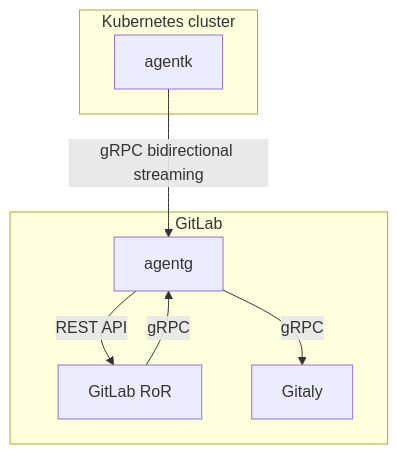
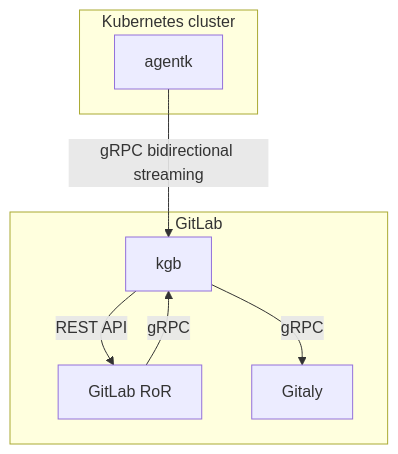
Before and after one commit to abaer123/gitlab-agent: the diagram in doc/architecture.md, drawn with Mermaid. The commit also changed other lines of this file and 14 other files, not shown here.

First line of the commit message:
Rename agentg into kgb

````diff
--- a/doc/architecture.md
+++ b/doc/architecture.md
@@ -5,15 +5,15 @@
 ```mermaid
 graph TB
-  agentk -- gRPC bidirectional streaming --> agentg
+  agentk -- gRPC bidirectional streaming --> kgb
   
   subgraph "GitLab"
-  agentg[agentg]
-  GitLabRoR[GitLab RoR] -- gRPC --> agentg
-  agentg -- gRPC --> Gitaly[Gitaly]
-  agentg -- REST API --> GitLabRoR
+  kgb[kgb]
+  GitLabRoR[GitLab RoR] -- gRPC --> kgb
+  kgb -- gRPC --> Gitaly[Gitaly]
+  kgb -- REST API --> GitLabRoR
   end
 
   subgraph "Kubernetes cluster"
   agentk[agentk]
   end  
 ```
````
